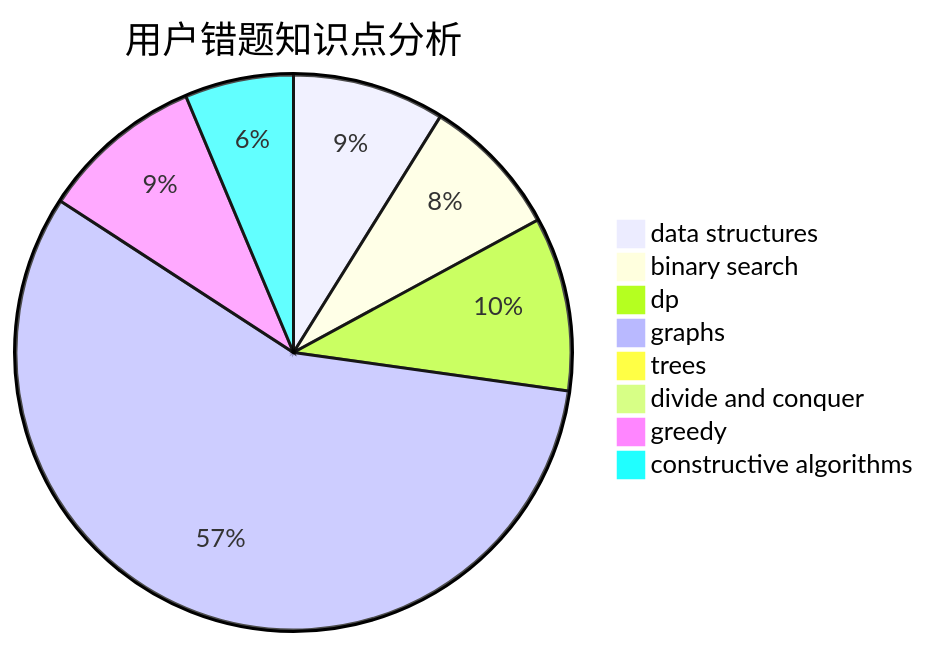
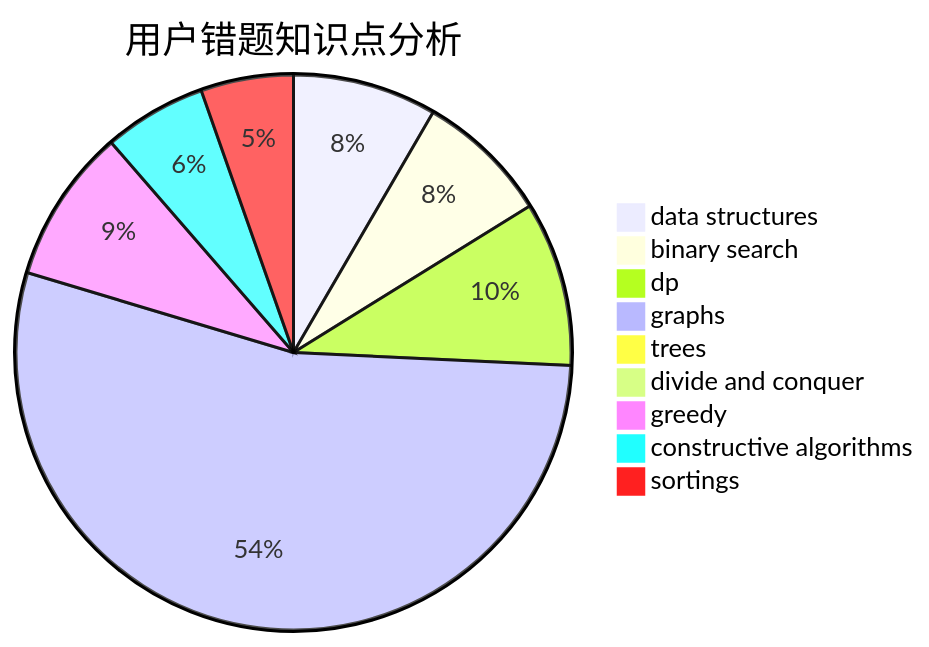
One commit to sherpahu/cfrs.github.io changed the third of 3 diagrams in docs/user/u2000.md. Above: the diagram before and after it, drawn with Mermaid. The commit also changed other lines of this file and 2769 other files, not shown here.

````diff
--- a/docs/user/u2000.md
+++ b/docs/user/u2000.md
@@ -36,11 +32,12 @@
 ```mermaid
 pie title 用户错题知识点分析
     "data structures" :  14
     "binary search" :  13
     "dp" :  16
     "graphs" :  90
     "trees" :  1
     "divide and conquer" :  0
     "greedy" :  15
     "constructive algorithms" :  10
+    "sortings" :  9
 ```
````
